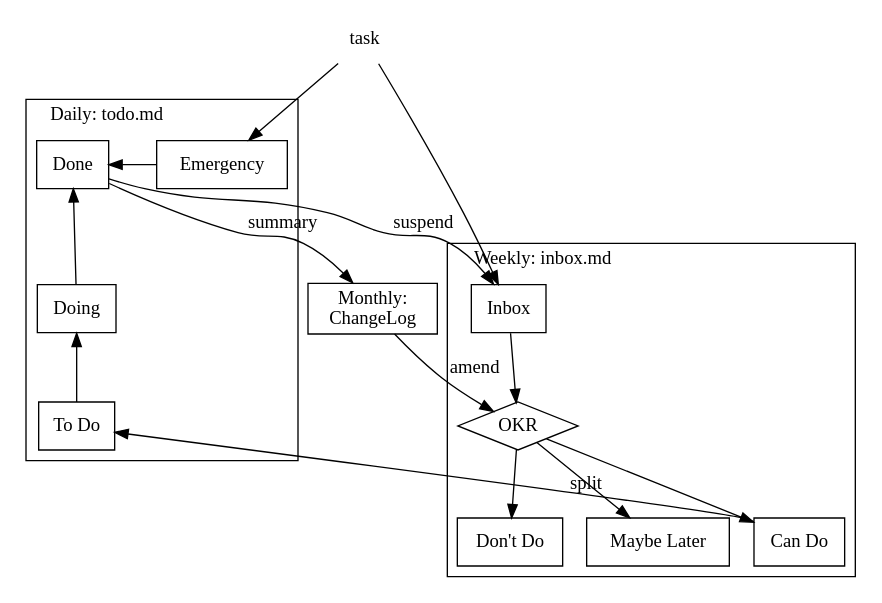
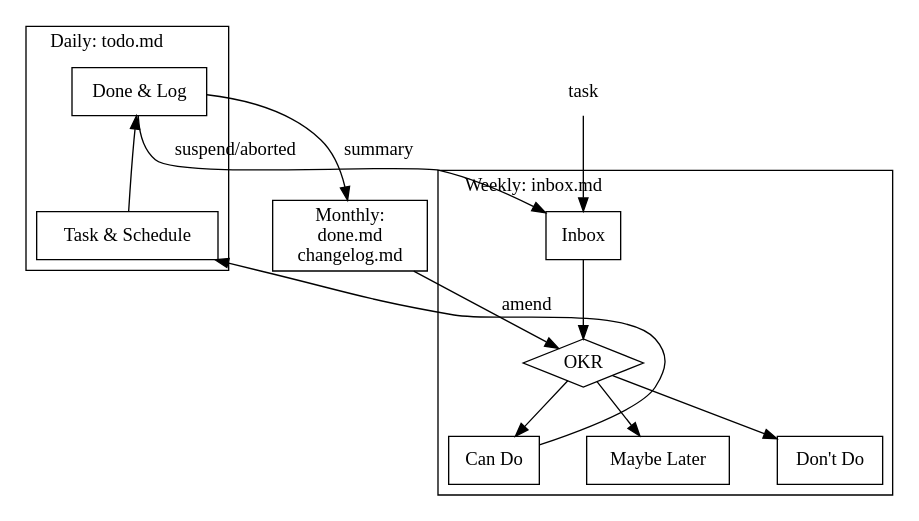
Before and after one commit to cf020031308/cf020031308.github.io: the diagram in blog/a-brief-history-of-my-task-management/readme.md, drawn with Graphviz. The commit also changed other lines of this file, not shown here.

Commit message:
chore(blog): update the blog about task management

````diff
--- a/blog/a-brief-history-of-my-task-management/readme.md
+++ b/blog/a-brief-history-of-my-task-management/readme.md
@@ -123,30 +128,28 @@
 ```dot
 digraph {
     node[shape=box];
     subgraph cluster_inbox {
         label="Weekly: inbox.md";
         labeljust=l;
         OKR[shape=diamond];
         dont[label="Don't Do"];
         later[label="Maybe Later"];
         can[label="Can Do"];
-        Inbox -> OKR -> {dont; later; can}
+        Inbox -> OKR -> { rank=same; can -> later -> dont [style=invis] }
     }
     subgraph cluster_todo {
         label="Daily: todo.md";
         labeljust=l;
-        todo[label="To Do"];
-        { rank=same; Done -> Emergency [dir=back]; }
-        Done -> Doing -> todo [dir=back];
+        todo[label="Task & Schedule"];
+        Done [label="Done & Log"];
+        Done -> todo [dir=back];
     }
-    task -> { Inbox; Emergency; }
+    task -> Inbox;
     task [shape=none];
-    can -> todo [constraint=false, label="split"];
-    Done -> Inbox [constraint=false, label="suspend"];
-    log [label="Monthly:\nChangeLog"]
+    can -> todo [constraint=false];
+    Done -> Inbox [constraint=false, label="suspend/aborted"];
+    log [label="Monthly:\ndone.md\nchangelog.md"]
     Done -> log [label="summary"];
     log -> OKR [label="amend"];
 }
-
-
 ```
````
